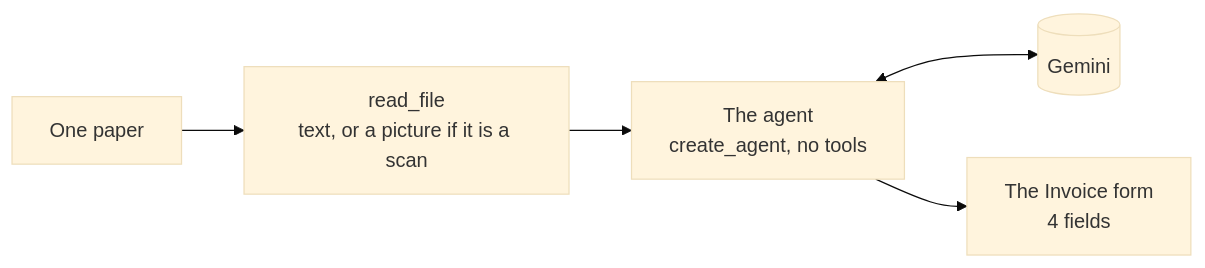
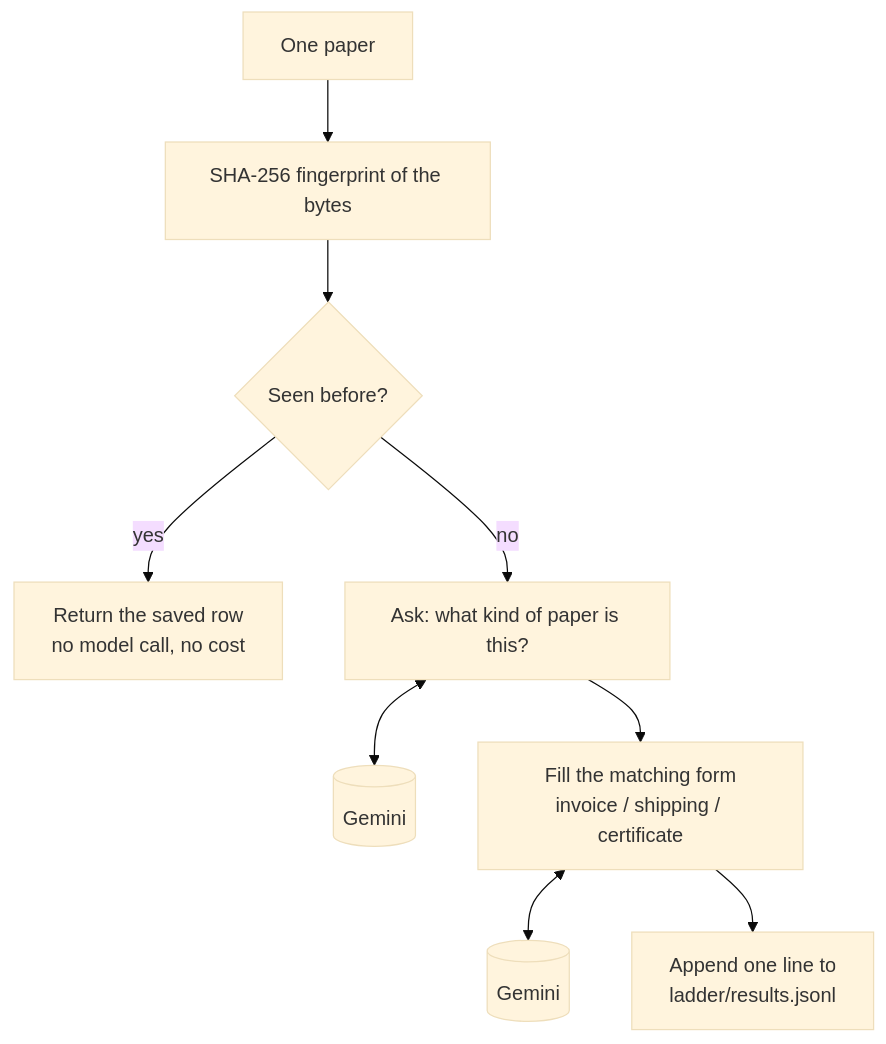
One commit to SHUBHAMRAJPUT9665/crossexam-ai changed the second of 2 diagrams in README.md. Above: the diagram before and after it, drawn with Mermaid (base theme). The commit also changed other lines of this file and 1 other file, not shown here.

````diff
--- a/README.md
+++ b/README.md
@@ -30,7 +31,11 @@
 ```mermaid
-flowchart LR
-    F[One paper] --> RF["read_file<br/>text, or a picture if it is a scan"]
-    RF --> A["The agent<br/>create_agent, no tools"]
-    A <--> M[(Gemini)]
-    A --> R["The Invoice form<br/>4 fields"]
+flowchart TD
+    F[One paper] --> H[SHA-256 fingerprint of the bytes]
+    H --> D{Seen before?}
+    D -- yes --> SV["Return the saved row<br/>no model call, no cost"]
+    D -- no --> K["Ask: what kind of paper is this?"]
+    K <--> M1[(Gemini)]
+    K --> FM["Fill the matching form<br/>invoice / shipping / certificate"]
+    FM <--> M2[(Gemini)]
+    FM --> APP["Append one line to<br/>ladder/results.jsonl"]
 ```
````
